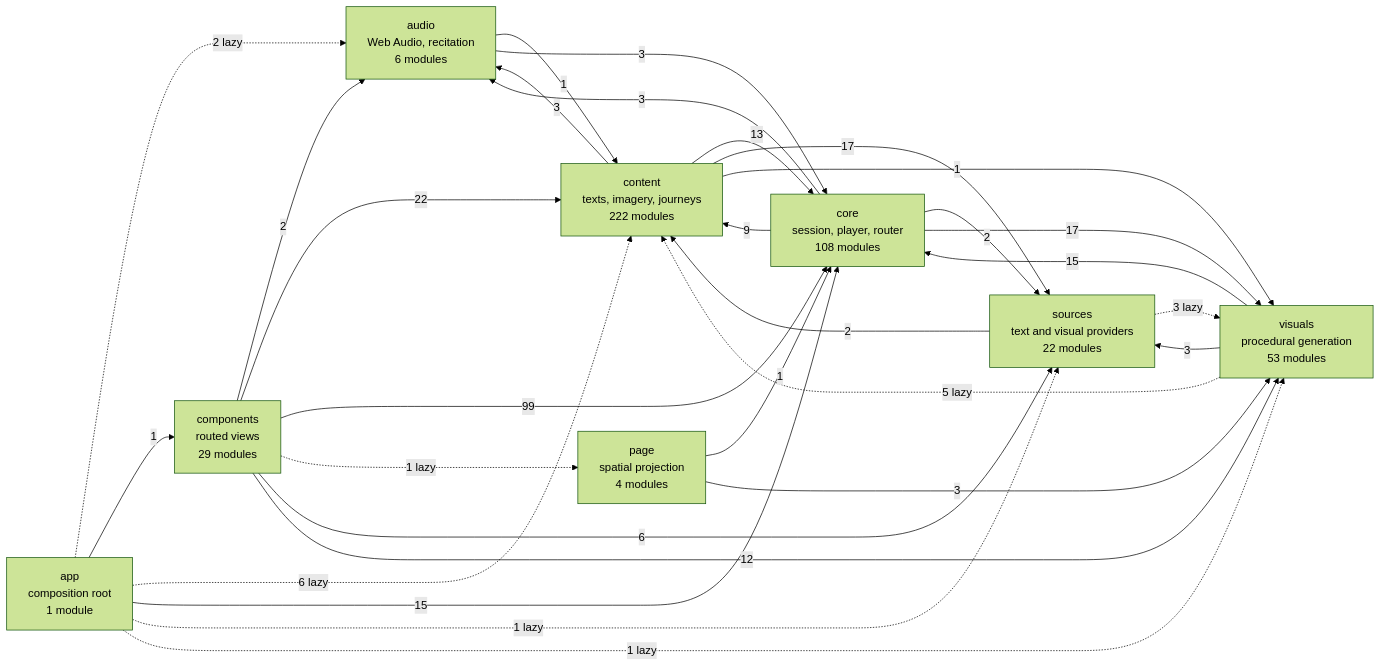
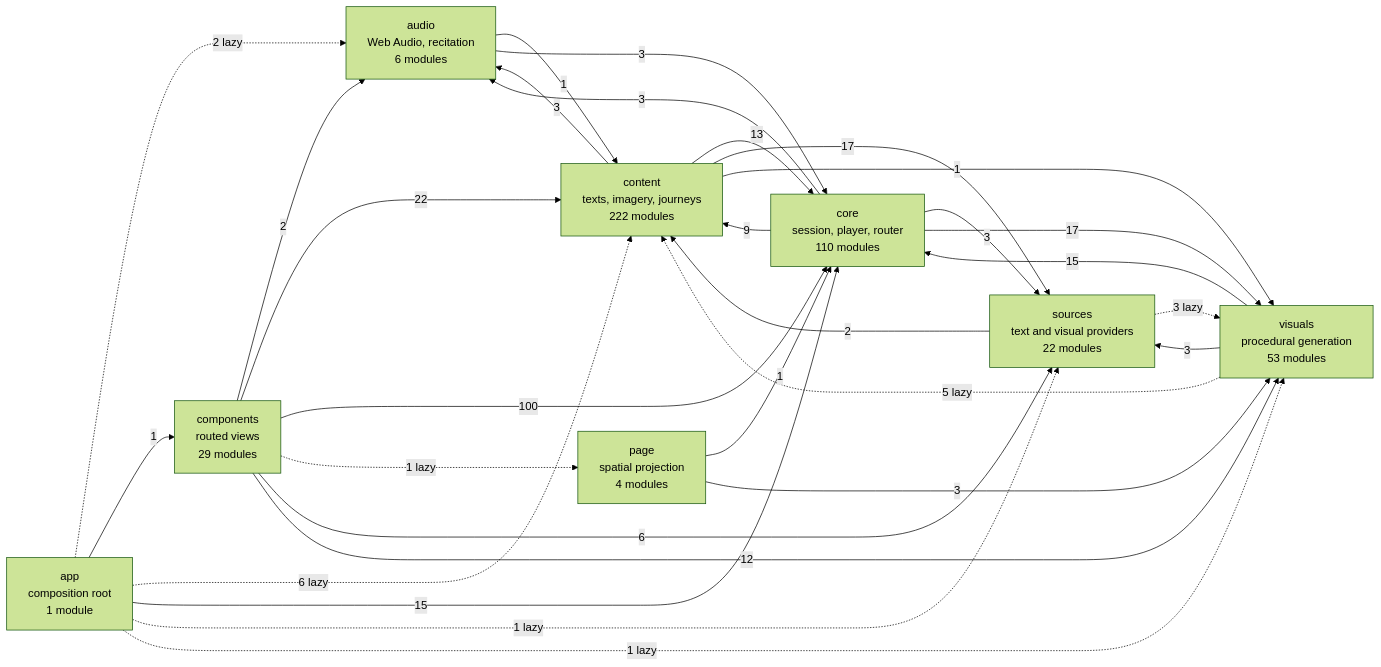
One commit to SyberLabs/RISE changed the diagram in docs/specs/ARCHITECTURE.md. Above: the diagram before and after it, drawn with Mermaid (forest theme). The commit also changed 5 other files, not shown here.

````diff
--- a/docs/specs/ARCHITECTURE.md
+++ b/docs/specs/ARCHITECTURE.md
@@ -149,41 +149,41 @@
 ```mermaid
 flowchart LR
     app["app<br/>composition root<br/>1 module"]
     audio["audio<br/>Web Audio, recitation<br/>6 modules"]
     components["components<br/>routed views<br/>29 modules"]
     content["content<br/>texts, imagery, journeys<br/>222 modules"]
-    core["core<br/>session, player, router<br/>108 modules"]
+    core["core<br/>session, player, router<br/>110 modules"]
     page["page<br/>spatial projection<br/>4 modules"]
     sources["sources<br/>text and visual providers<br/>22 modules"]
     visuals["visuals<br/>procedural generation<br/>53 modules"]
 
     app -.-> |2 lazy| audio
     app --> |1| components
     app -.-> |6 lazy| content
     app --> |15| core
     app -.-> |1 lazy| sources
     app -.-> |1 lazy| visuals
     audio --> |1| content
     audio --> |3| core
     components --> |2| audio
     components --> |22| content
-    components --> |99| core
+    components --> |100| core
     components -.-> |1 lazy| page
     components --> |6| sources
     components --> |12| visuals
     content --> |3| audio
     content --> |13| core
     content --> |17| sources
     content --> |1| visuals
     core --> |3| audio
     core --> |9| content
-    core --> |2| sources
+    core --> |3| sources
     core --> |17| visuals
     page --> |1| core
     page --> |3| visuals
     sources --> |2| content
     sources -.-> |3 lazy| visuals
     visuals -.-> |5 lazy| content
     visuals --> |15| core
     visuals --> |3| sources
 ```
````
